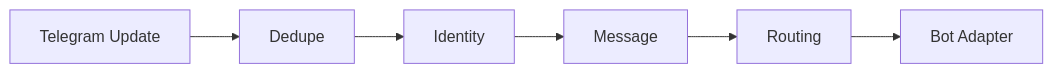
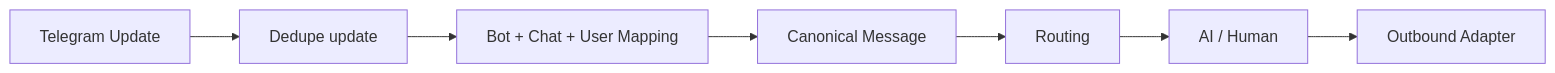
The second of 3 diagrams in docs/integrations/telegram.md (D-engahmed/OMILINKS), drawn with Mermaid before and after one commit. The commit also changed other lines of this file and 2 other files, not shown here.

Commit message:
docs: deepen instagram facebook and telegram integrations

````diff
--- a/docs/integrations/telegram.md
+++ b/docs/integrations/telegram.md
@@ -13,8 +37,9 @@
-```mermaid
+~~~mermaid
 flowchart LR
-U[Telegram Update] --> D[Dedupe]
-D --> I[Identity]
-I --> M[Message]
-M --> R[Routing]
-R --> A[Bot Adapter]
-```
+UPDATE[Telegram Update] --> DEDUPE[Dedupe update]
+DEDUPE --> IDENTITY[Bot + Chat + User Mapping]
+IDENTITY --> MESSAGE[Canonical Message]
+MESSAGE --> ROUTE[Routing]
+ROUTE --> AIHUMAN[AI / Human]
+AIHUMAN --> SEND[Outbound Adapter]
+~~~
````
